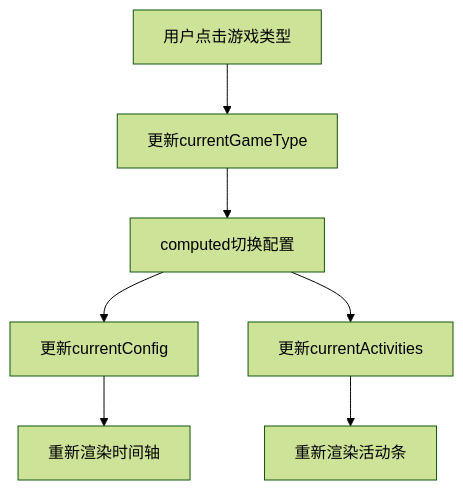
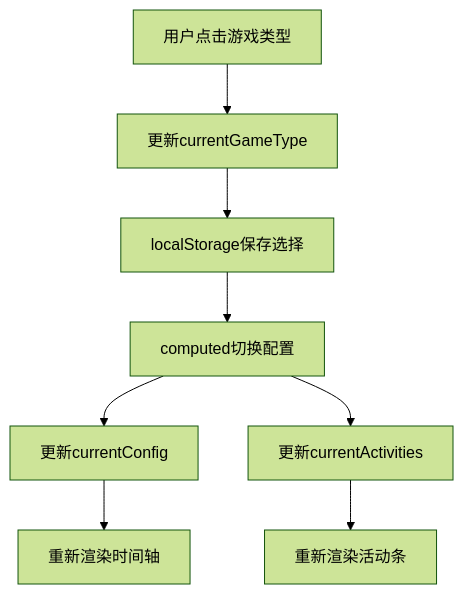
The sixth of 7 diagrams in .qoder/repowiki/zh/content/配置系统.md (xuanyulingnfeg/gameCalendar), drawn with Mermaid (forest theme) before and after one commit. The commit also changed other lines of this file and 7 other files, not shown here.

````diff
--- a/.qoder/repowiki/zh/content/配置系统.md
+++ b/.qoder/repowiki/zh/content/配置系统.md
@@ -241,9 +278,10 @@
 ```mermaid
 flowchart TD
 A["用户点击游戏类型"] --> B["更新currentGameType"]
-B --> C["computed切换配置"]
-C --> D["更新currentConfig"]
-C --> E["更新currentActivities"]
-D --> F["重新渲染时间轴"]
-E --> G["重新渲染活动条"]
+B --> C["localStorage保存选择"]
+C --> D["computed切换配置"]
+D --> E["更新currentConfig"]
+D --> F["更新currentActivities"]
+E --> G["重新渲染时间轴"]
+F --> H["重新渲染活动条"]
 ```
````
